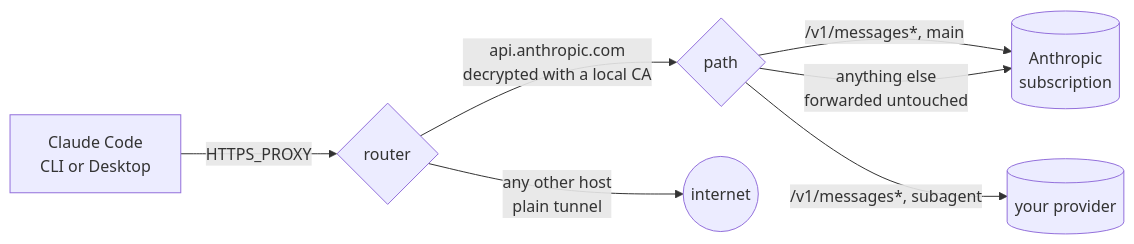
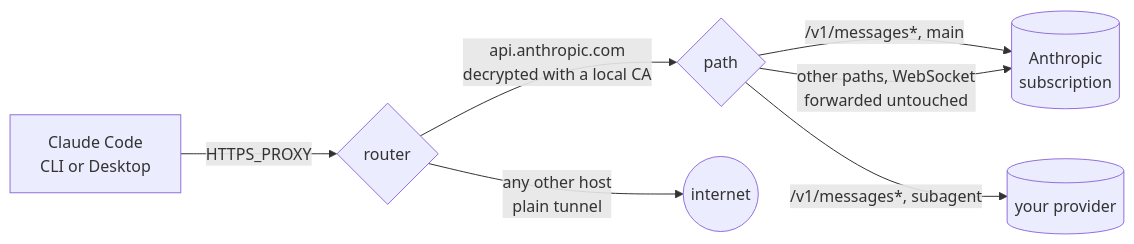
The diagram in README.md (1morr/subagent-handoff), drawn with Mermaid before and after one commit. The commit also changed other lines of this file and 2 other files, not shown here.

````diff
--- a/README.md
+++ b/README.md
@@ -98,9 +107,9 @@
 ```mermaid
 flowchart LR
   CC["Claude Code<br/>CLI or Desktop"] -- HTTPS_PROXY --> R{router}
   R -- "api.anthropic.com<br/>decrypted with a local CA" --> S{path}
   S -- "/v1/messages*, main" --> A[(Anthropic<br/>subscription)]
   S -- "/v1/messages*, subagent" --> P[(your provider)]
-  S -- "anything else<br/>forwarded untouched" --> A
+  S -- "other paths, WebSocket<br/>forwarded untouched" --> A
   R -- "any other host<br/>plain tunnel" --> N((internet))
 ```
````
